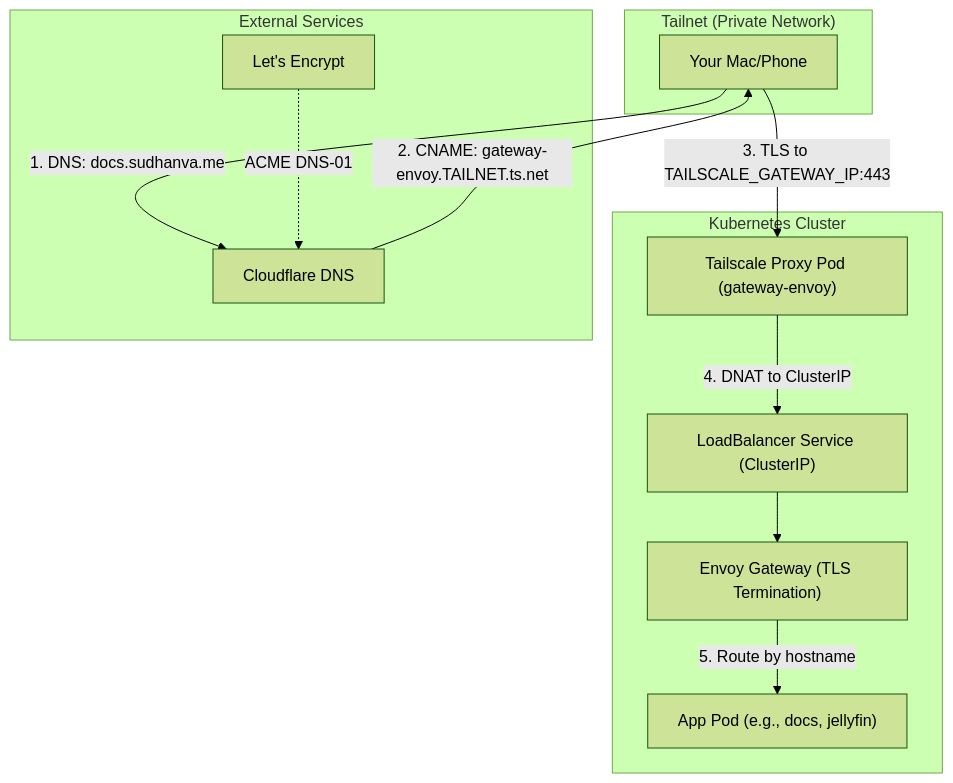
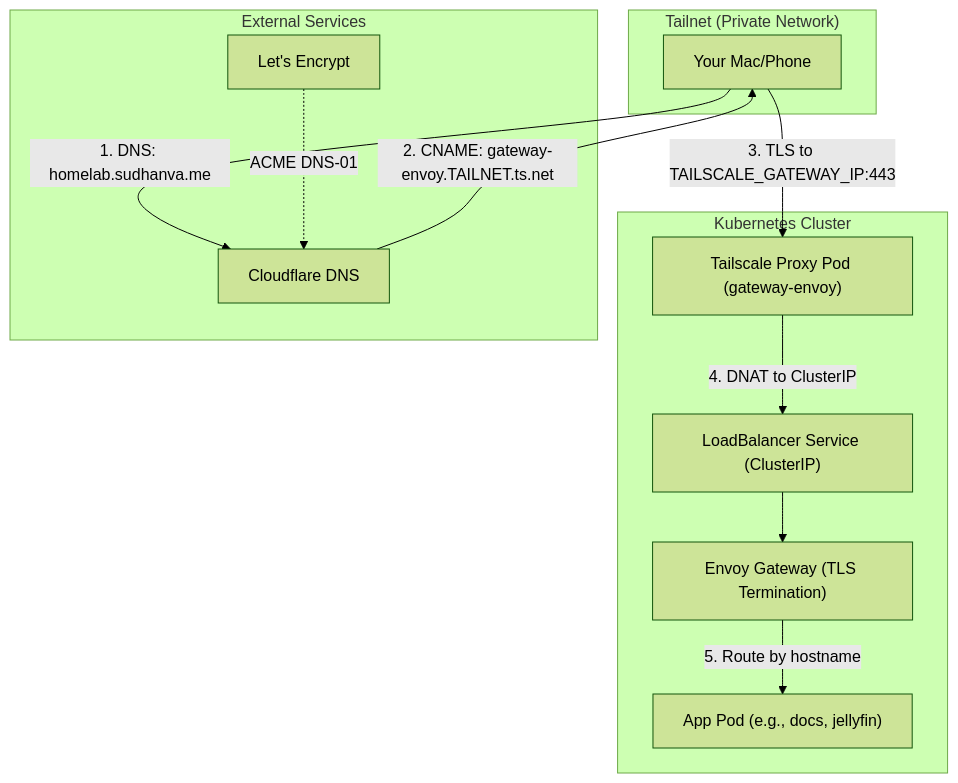
Before and after one commit to nsudhanva/homelab: the first of 4 diagrams in docs/src/content/docs/explanation/gateway-networking.md, drawn with Mermaid (forest theme). The commit also changed other lines of this file and 11 other files, not shown here.

Commit message:
feat(docs): update documentation URL to homelab.sudhanva.me and expand Homer dashboard

````diff
--- a/docs/src/content/docs/explanation/gateway-networking.md
+++ b/docs/src/content/docs/explanation/gateway-networking.md
@@ -23,27 +23,27 @@
 ```mermaid
 flowchart TB
     subgraph Tailnet["Tailnet (Private Network)"]
         Client["Your Mac/Phone"]
     end
 
     subgraph Cluster["Kubernetes Cluster"]
         TS["Tailscale Proxy Pod (gateway-envoy)"]
         SVC["LoadBalancer Service (ClusterIP)"]
         ENVOY["Envoy Gateway (TLS Termination)"]
         APP["App Pod (e.g., docs, jellyfin)"]
     end
 
     subgraph External["External Services"]
         CF["Cloudflare DNS"]
         LE["Let's Encrypt"]
     end
 
-    Client -->|"1. DNS: docs.sudhanva.me"| CF
+    Client -->|"1. DNS: homelab.sudhanva.me"| CF
     CF -->|"2. CNAME: gateway-envoy.TAILNET.ts.net"| Client
     Client -->|"3. TLS to TAILSCALE_GATEWAY_IP:443"| TS
     TS -->|"4. DNAT to ClusterIP"| SVC
     SVC --> ENVOY
     ENVOY -->|"5. Route by hostname"| APP
 
     LE -.->|"ACME DNS-01"| CF
 ```
````
